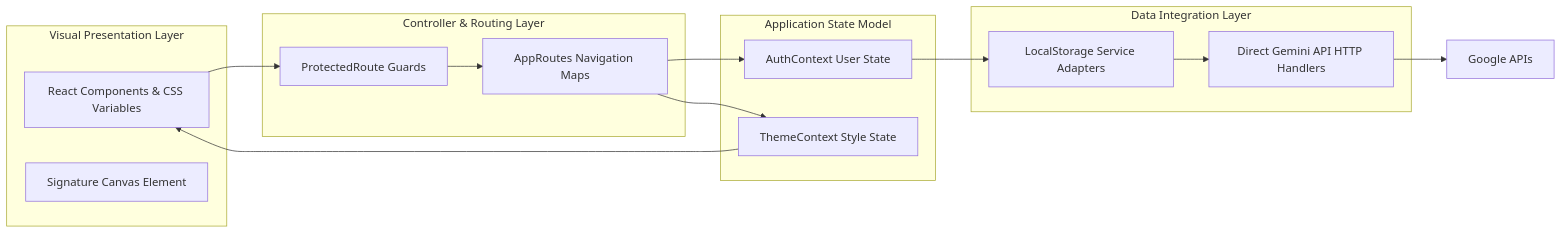
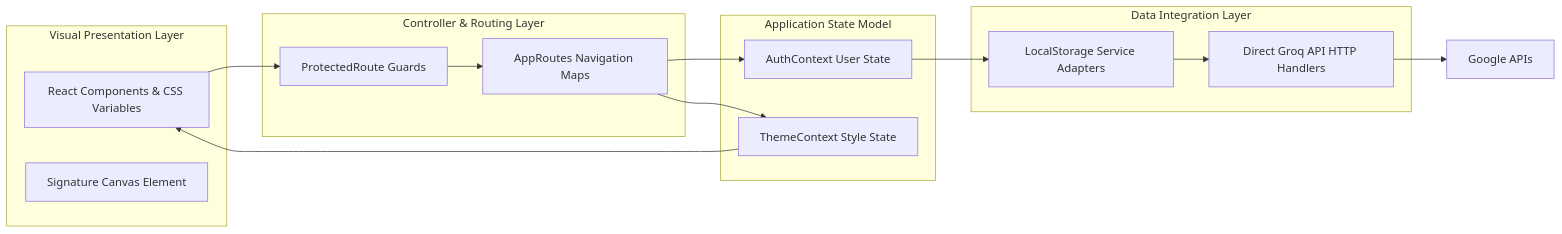
Before and after one commit to silent-knight-22/career-document-hub: the second of 13 diagrams in Frontend-Technical-Design.md, drawn with Mermaid. The commit also changed other lines of this file and 5 other files, not shown here.

Commit message:
refactor: rename geminiService to groqService, clean up duplicate Repository_Overview, and finalize Groq rebrand

````diff
--- a/Frontend-Technical-Design.md
+++ b/Frontend-Technical-Design.md
@@ -117,31 +117,31 @@
 ```mermaid
 graph LR
     subgraph Visual Presentation Layer
         UI[React Components & CSS Variables]
         Canvas[Signature Canvas Element]
     end
     
     subgraph Controller & Routing Layer
         Guard[ProtectedRoute Guards]
         NavMap[AppRoutes Navigation Maps]
     end
     
     subgraph Application State Model
         UserState[AuthContext User State]
         ThemeState[ThemeContext Style State]
     end
     
     subgraph Data Integration Layer
         StorageAPI[LocalStorage Service Adapters]
-        NetworkAPI[Direct Gemini API HTTP Handlers]
+        NetworkAPI[Direct Groq API HTTP Handlers]
     end
 
     UI --> Guard
     Guard --> NavMap
     NavMap --> UserState
     NavMap --> ThemeState
     UserState --> StorageAPI
     ThemeState --> UI
     StorageAPI --> NetworkAPI
-    NetworkAPI --> GeminiAPI[Google APIs]
+    NetworkAPI --> GroqAPI[Google APIs]
 ```
````
